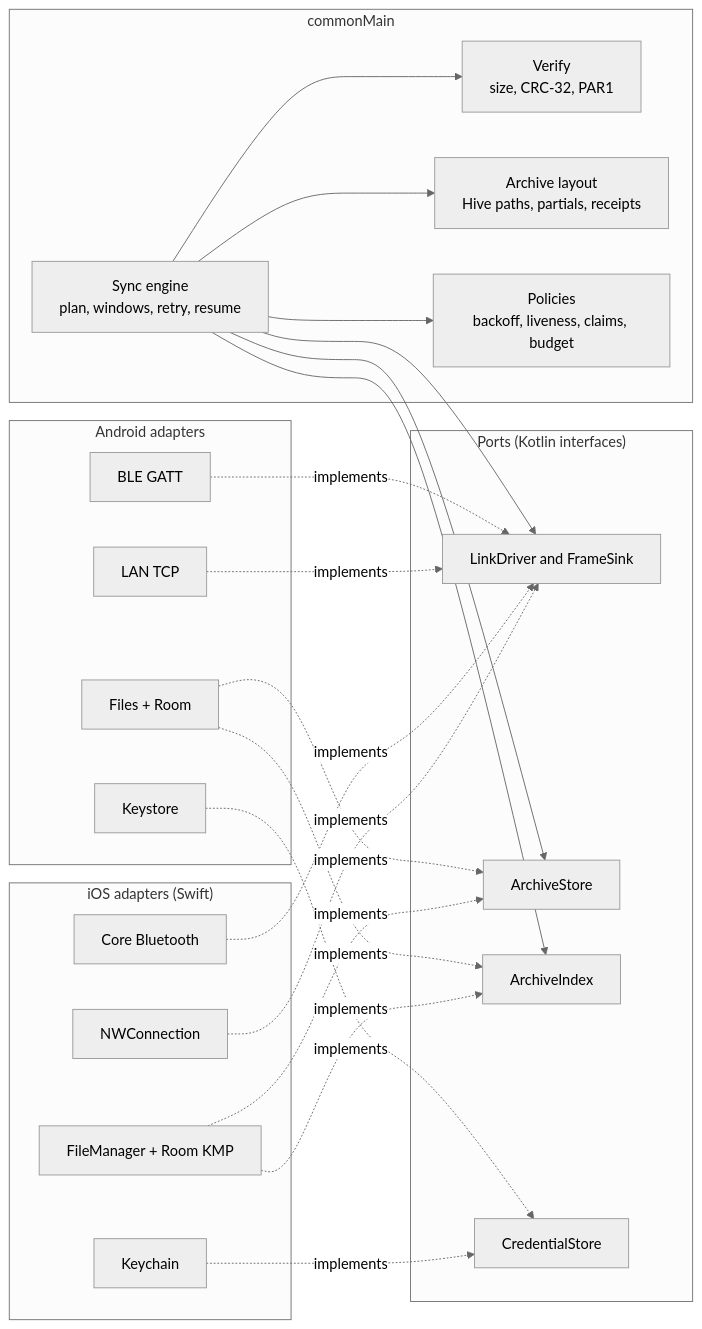
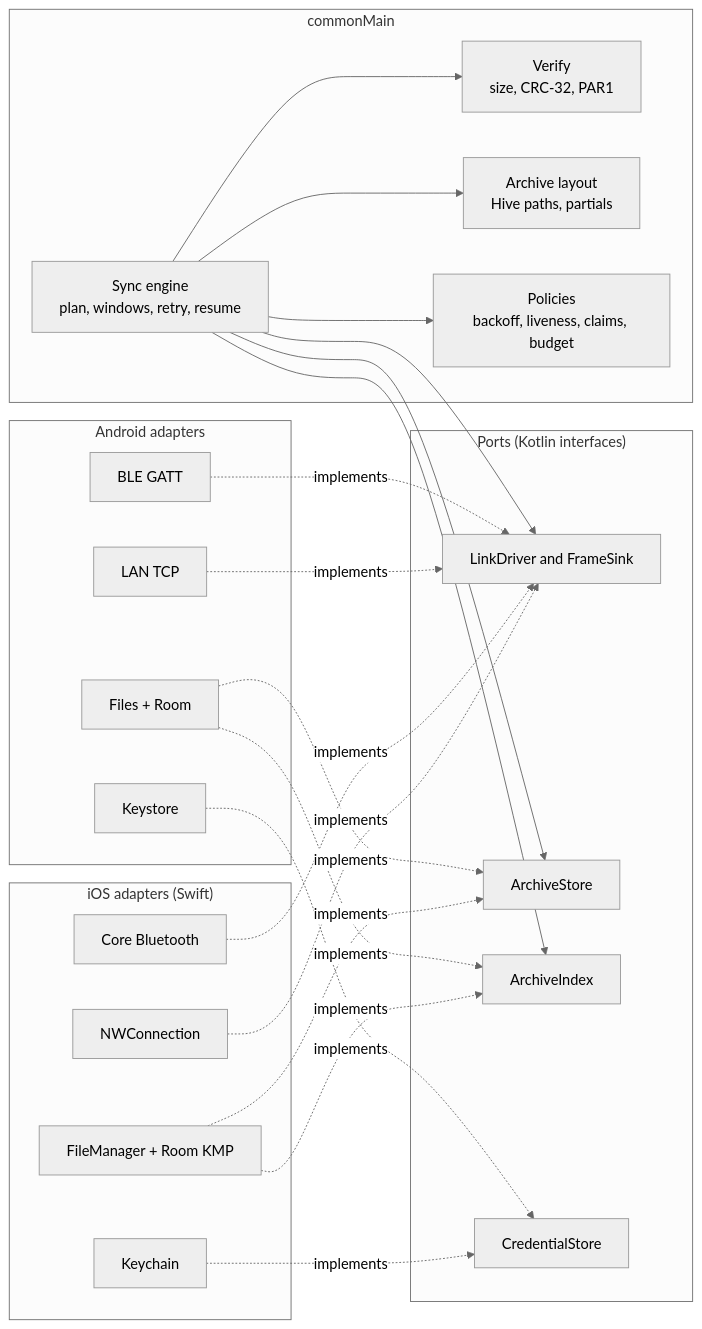
One commit to walkthru-earth/opensensor-space-mobile changed the diagram in docs/cross-platform-guide.md. Above: the diagram before and after it, drawn with Mermaid (neutral theme). The commit also changed other lines of this file and 29 other files, not shown here.

First line of the commit message:
Harden the timeline sentinel, Room migrations and Parquet guards (#133)

````diff
--- a/docs/cross-platform-guide.md
+++ b/docs/cross-platform-guide.md
@@ -48,35 +48,35 @@
 ```mermaid
 flowchart LR
   subgraph shared["commonMain"]
     E[Sync engine<br/>plan, windows, retry, resume]
     V[Verify<br/>size, CRC-32, PAR1]
-    L[Archive layout<br/>Hive paths, partials, receipts]
+    L[Archive layout<br/>Hive paths, partials]
     P[Policies<br/>backoff, liveness, claims, budget]
   end
   subgraph ports["Ports (Kotlin interfaces)"]
     FL[LinkDriver and FrameSink]
     AS[ArchiveStore]
     AI[ArchiveIndex]
     CS[CredentialStore]
   end
   subgraph a["Android adapters"]
     AB[BLE GATT]
     AL[LAN TCP]
     AF[Files + Room]
     AK[Keystore]
   end
   subgraph i["iOS adapters (Swift)"]
     IB[Core Bluetooth]
     IL[NWConnection]
     IF[FileManager + Room KMP]
     IK[Keychain]
   end
   E --> FL & AS & AI
   E --> V & L & P
   AB & AL -.implements.-> FL
   IB & IL -.implements.-> FL
   AF -.implements.-> AS & AI
   IF -.implements.-> AS & AI
   AK -.implements.-> CS
   IK -.implements.-> CS
 ```
````
